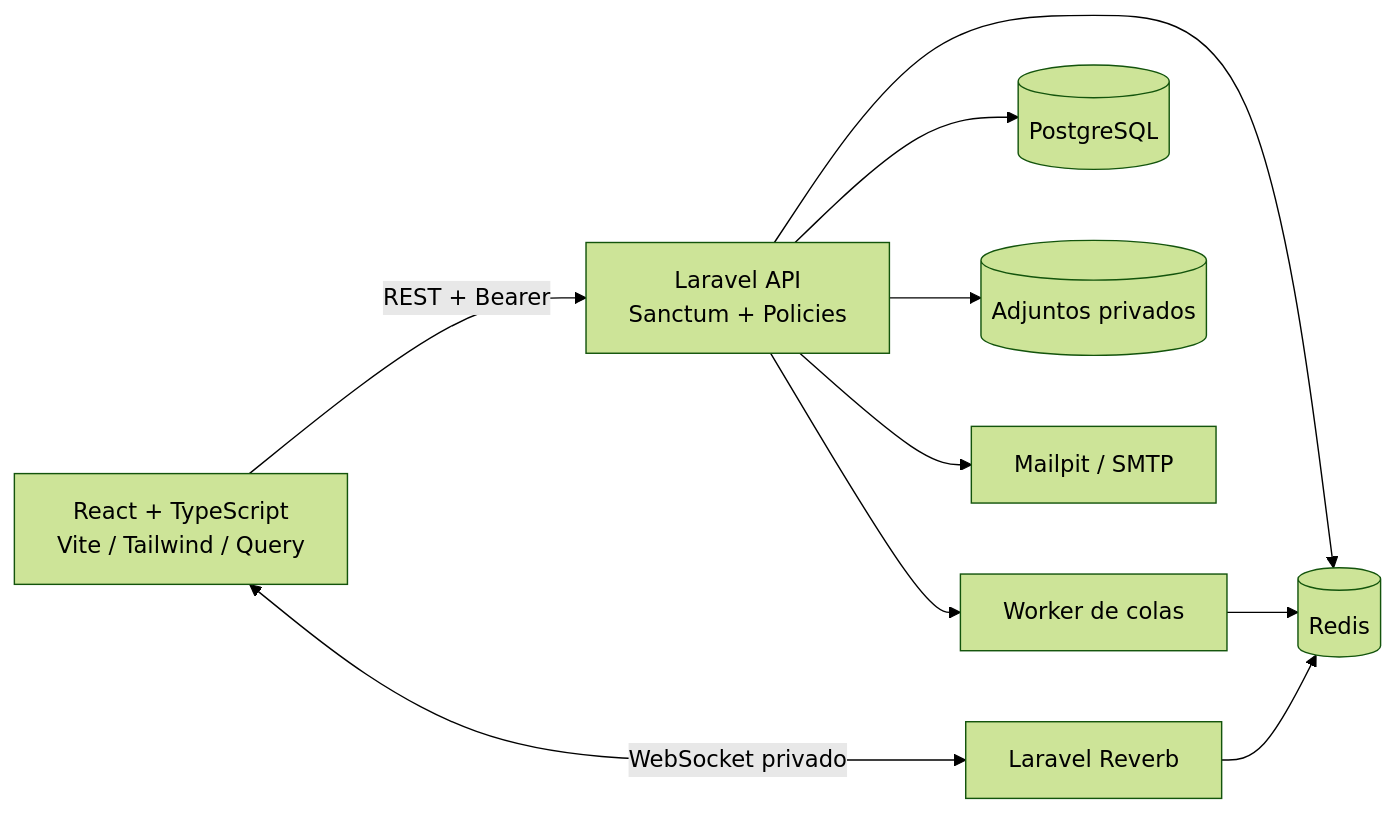
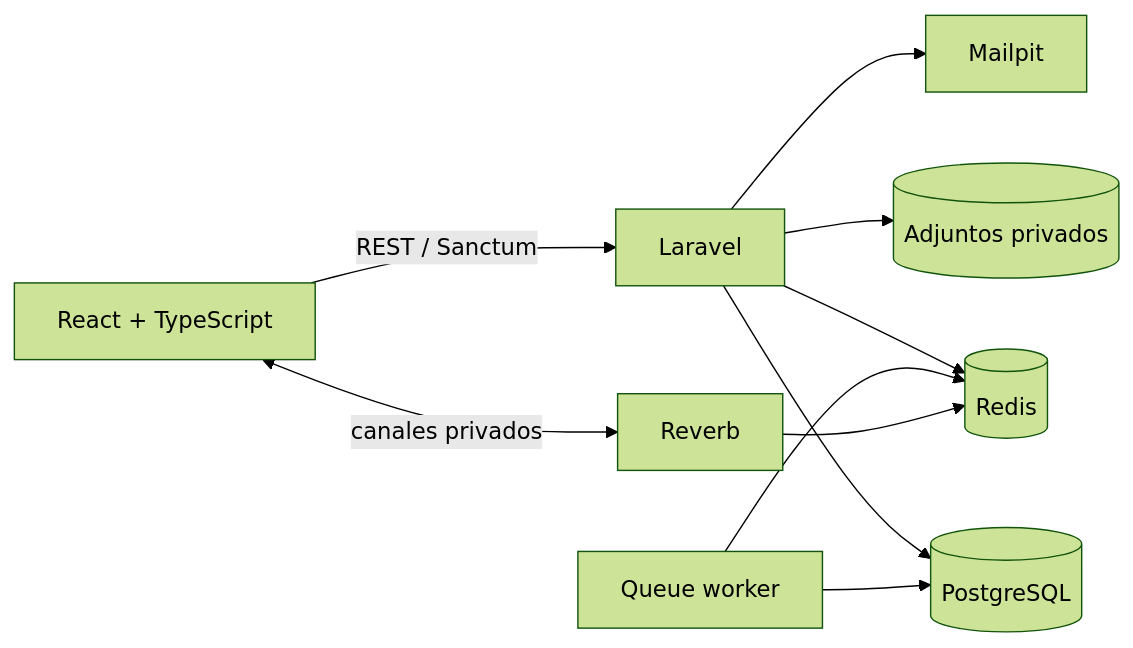
One commit to Hut0Xx/SupportFlow changed the first of 2 diagrams in README.md. Above: the diagram before and after it, drawn with Mermaid (forest theme). The commit also changed other lines of this file and 63 other files, not shown here.

````diff
--- a/README.md
+++ b/README.md
@@ -52,12 +41,12 @@
 ```mermaid
 flowchart LR
-    U[React + TypeScript\nVite / Tailwind / Query] -->|REST + Bearer| API[Laravel API\nSanctum + Policies]
-    U <-->|WebSocket privado| R[Laravel Reverb]
-    API --> PG[(PostgreSQL)]
+    UI[React + TypeScript] -->|REST / Sanctum| API[Laravel]
+    UI <-->|canales privados| WS[Reverb]
+    API --> DB[(PostgreSQL)]
     API --> REDIS[(Redis)]
-    API --> STORE[(Adjuntos privados)]
-    API --> MAIL[Mailpit / SMTP]
-    API --> Q[Worker de colas]
-    Q --> REDIS
-    R --> REDIS
+    API --> FILES[(Adjuntos privados)]
+    API --> MAIL[Mailpit]
+    WORKER[Queue worker] --> REDIS
+    WORKER --> DB
+    WS --> REDIS
 ```
````
